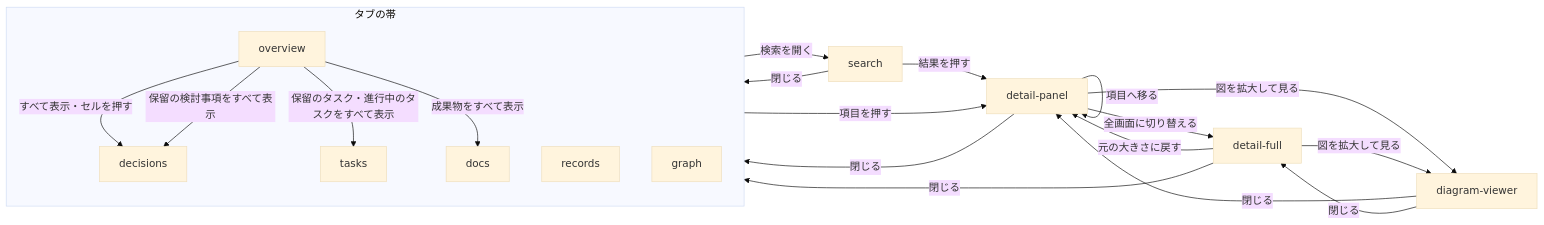
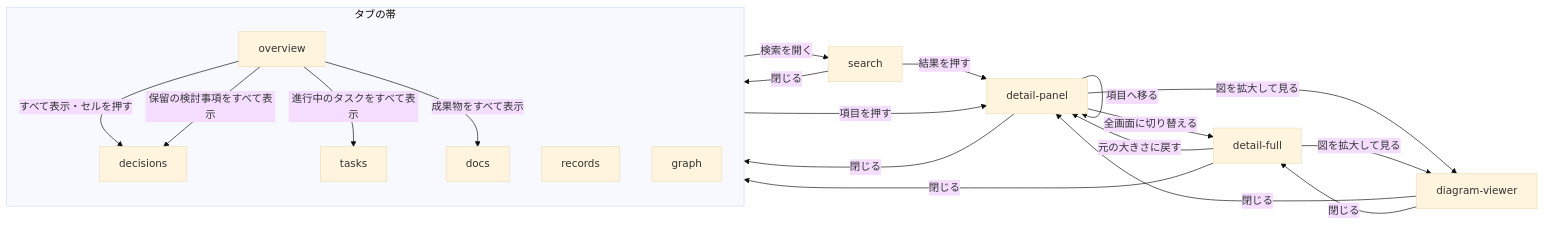
One commit to shuhei1101/mindmap changed the diagram in dev/pr/21/プレビュー.md. Above: the diagram before and after it, drawn with Mermaid (base theme). The commit also changed other lines of this file and 3 other files, not shown here.

````diff
--- a/dev/pr/21/プレビュー.md
+++ b/dev/pr/21/プレビュー.md
@@ -56,28 +56,28 @@
 ```mermaid
 flowchart LR
   subgraph TABS[タブの帯]
     OV[overview]
     DE[decisions]
     TA[tasks]
     DO[docs]
     RE[records]
     GR[graph]
   end
   OV -->|すべて表示・セルを押す| DE
   OV -->|保留の検討事項をすべて表示| DE
-  OV -->|保留のタスク・進行中のタスクをすべて表示| TA
+  OV -->|進行中のタスクをすべて表示| TA
   OV -->|成果物をすべて表示| DO
   TABS -->|項目を押す| DP[detail-panel]
   DP -->|閉じる| TABS
   DP -->|項目へ移る| DP
   DP -->|全画面に切り替える| DF[detail-full]
   DF -->|元の大きさに戻す| DP
   DF -->|閉じる| TABS
   DP -->|図を拡大して見る| DV[diagram-viewer]
   DV -->|閉じる| DP
   DF -->|図を拡大して見る| DV
   DV -->|閉じる| DF
   TABS -->|検索を開く| SE[search]
   SE -->|結果を押す| DP
   SE -->|閉じる| TABS
 ```
````
